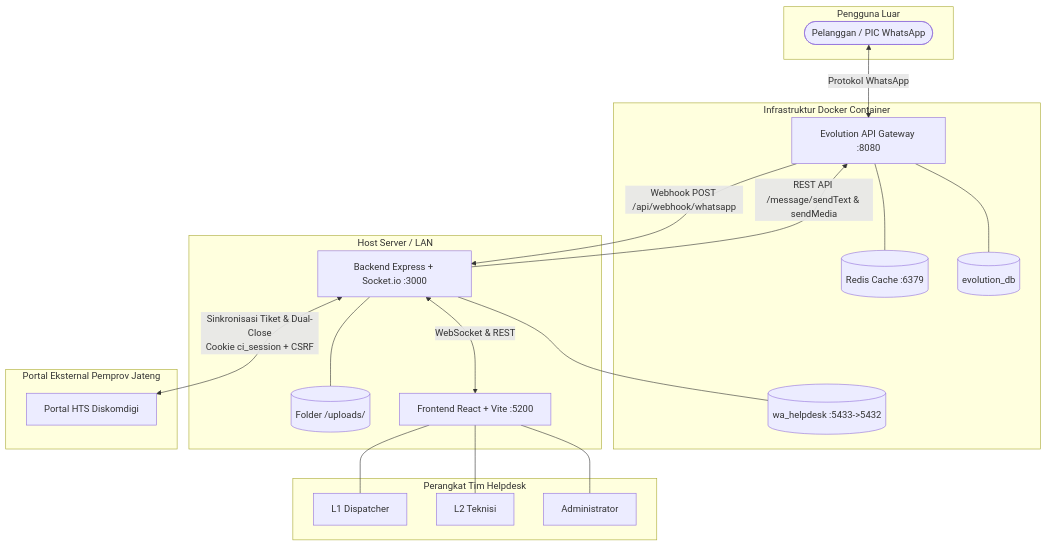
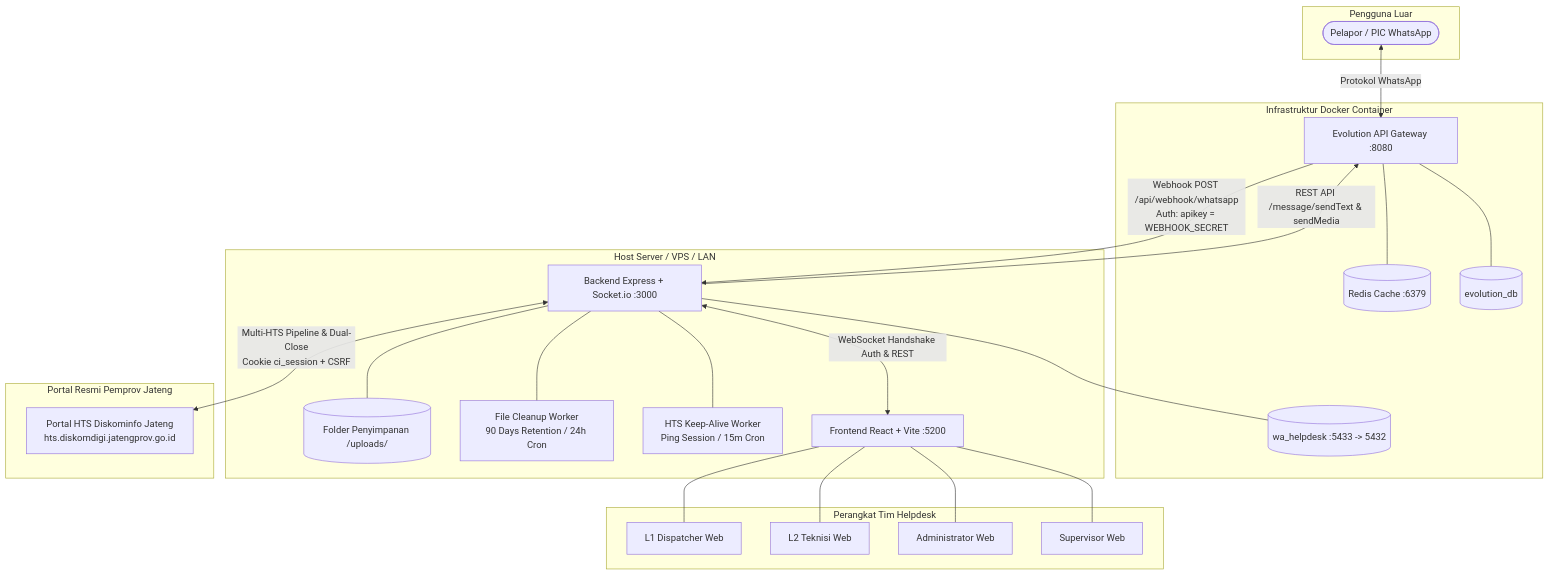
Before and after one commit to llaurensius/hts-chat-integration: the first of 7 diagrams in docs/Architecture.md, drawn with Mermaid. The commit also changed other lines of this file and 9 other files, not shown here.

````diff
--- a/docs/Architecture.md
+++ b/docs/Architecture.md
@@ -41,42 +37,49 @@
 ```mermaid
 flowchart TD
     subgraph Pengguna Luar
-        PIC([Pelanggan / PIC WhatsApp])
+        PIC([Pelapor / PIC WhatsApp])
     end
 
     subgraph Docker [Infrastruktur Docker Container]
         EVO[Evolution API Gateway :8080]
         REDIS[(Redis Cache :6379)]
         PG_EVO[(evolution_db)]
-        PG_HTS[(wa_helpdesk :5433->5432)]
+        PG_HTS[(wa_helpdesk :5433 -> 5432)]
         EVO --- REDIS
         EVO --- PG_EVO
     end
 
-    subgraph Host [Host Server / LAN]
+    subgraph Host [Host Server / VPS / LAN]
         BE[Backend Express + Socket.io :3000]
-        UPLOADS[(Folder /uploads/)]
+        UPLOADS[(Folder Penyimpanan /uploads/)]
+        WORKER_CLEANUP[File Cleanup Worker<br/>90 Days Retention / 24h Cron]
+        WORKER_KEEPALIVE[HTS Keep-Alive Worker<br/>Ping Session / 15m Cron]
         FE[Frontend React + Vite :5200]
+        
         BE --- PG_HTS
         BE --- UPLOADS
-        BE <-->|WebSocket & REST| FE
+        BE --- WORKER_CLEANUP
+        BE --- WORKER_KEEPALIVE
+        BE <-->|WebSocket Handshake Auth & REST| FE
     end
 
-    subgraph Eksternal [Portal Eksternal Pemprov Jateng]
-        HTS_SRV[Portal HTS Diskomdigi]
+    subgraph Eksternal [Portal Resmi Pemprov Jateng]
+        HTS_SRV[Portal HTS Diskominfo Jateng<br/>hts.diskomdigi.jatengprov.go.id]
     end
 
     subgraph Tim [Perangkat Tim Helpdesk]
-        L1_UI[L1 Dispatcher]
-        L2_UI[L2 Teknisi]
-        ADM_UI[Administrator]
+        L1_UI[L1 Dispatcher Web]
+        L2_UI[L2 Teknisi Web]
+        ADM_UI[Administrator Web]
+        SPV_UI[Supervisor Web]
         FE --- L1_UI
         FE --- L2_UI
         FE --- ADM_UI
+        FE --- SPV_UI
     end
 
     PIC <-->|Protokol WhatsApp| EVO
-    EVO -->|Webhook POST /api/webhook/whatsapp| BE
+    EVO -->|Webhook POST /api/webhook/whatsapp<br/>Auth: apikey = WEBHOOK_SECRET| BE
     BE -->|REST API /message/sendText & sendMedia| EVO
-    BE <-->|Sinkronisasi Tiket & Dual-Close<br/>Cookie ci_session + CSRF| HTS_SRV
+    BE <-->|Multi-HTS Pipeline & Dual-Close<br/>Cookie ci_session + CSRF| HTS_SRV
 ```
````
